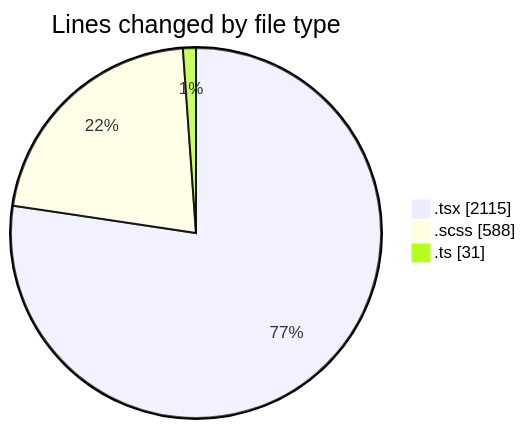
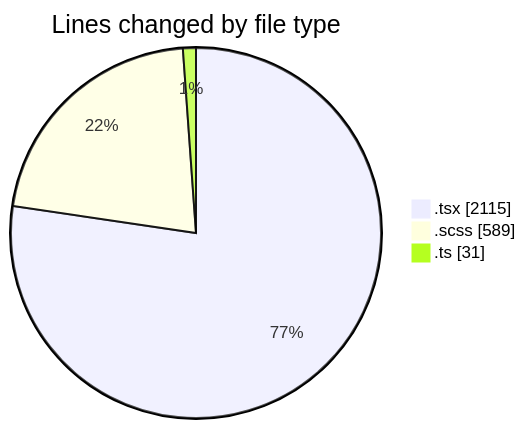
The first of 2 diagrams in 2025-04-07/cda/README.md (momahboobian/code-tracking), drawn with Mermaid before and after one commit. The commit also changed other lines of this file and 1 other file, not shown here.

````diff
--- a/2025-04-07/cda/README.md
+++ b/2025-04-07/cda/README.md
@@ -30,7 +30,7 @@
 ```mermaid
 pie showData
 title Lines changed by file type
 ".tsx" : 2115
-".scss" : 588
+".scss" : 589
 ".ts" : 31
 ```
````
